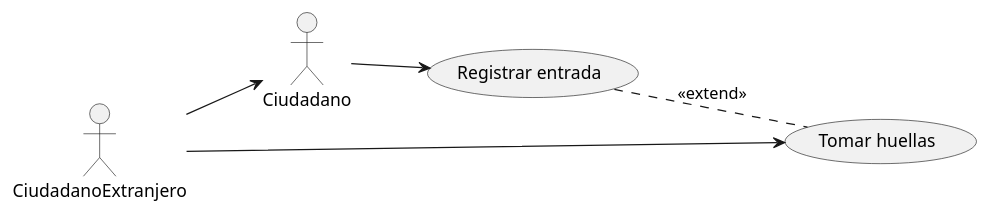
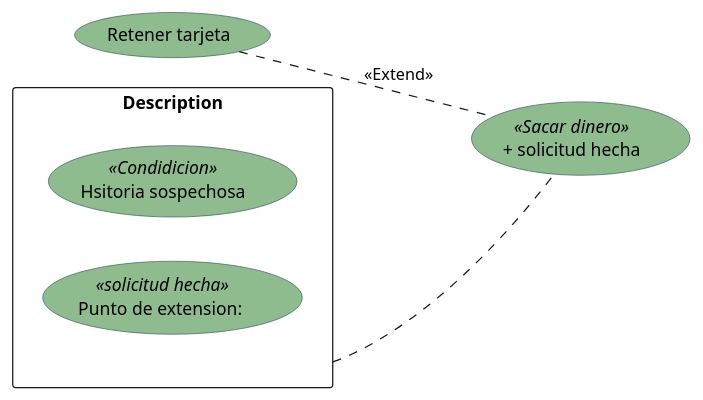
Before and after one commit to DanielMiralles12/ClasesDeUso: the diagram in src/ClasesDeUso.puml, drawn with PlantUML. The commit also changed 1 other file, not shown here.

Commit message:
Punto de extension

```diff
--- a/src/ClasesDeUso.puml
+++ b/src/ClasesDeUso.puml
@@ -1,12 +1,22 @@
 @startuml
 left to right direction
-:Ciudadano:
-:CiudadanoExtranjero:
 
-Ciudadano --> (Registrar entrada)
-CiudadanoExtranjero --> Ciudadano
-CiudadanoExtranjero --> (Tomar huellas)
-(Registrar entrada) .. (Tomar huellas) : <<extend>>
+skinparam usecase {
+BackgroundColor DarkSeaGreen
+BorderColor DarkSlateGray
+
+}
 
 
+(+ solicitud hecha) << Sacar dinero>>
+(Retener tarjeta) as (Use)
+
+Rectangle Description{
+(Hsitoria sospechosa) << Condidicion >>
+(Punto de extension: ) << solicitud hecha >>
+
+}
+
+(Use) .. (+ solicitud hecha) : <<Extend>>
+"Description" .. (+ solicitud hecha)
 @enduml
```
